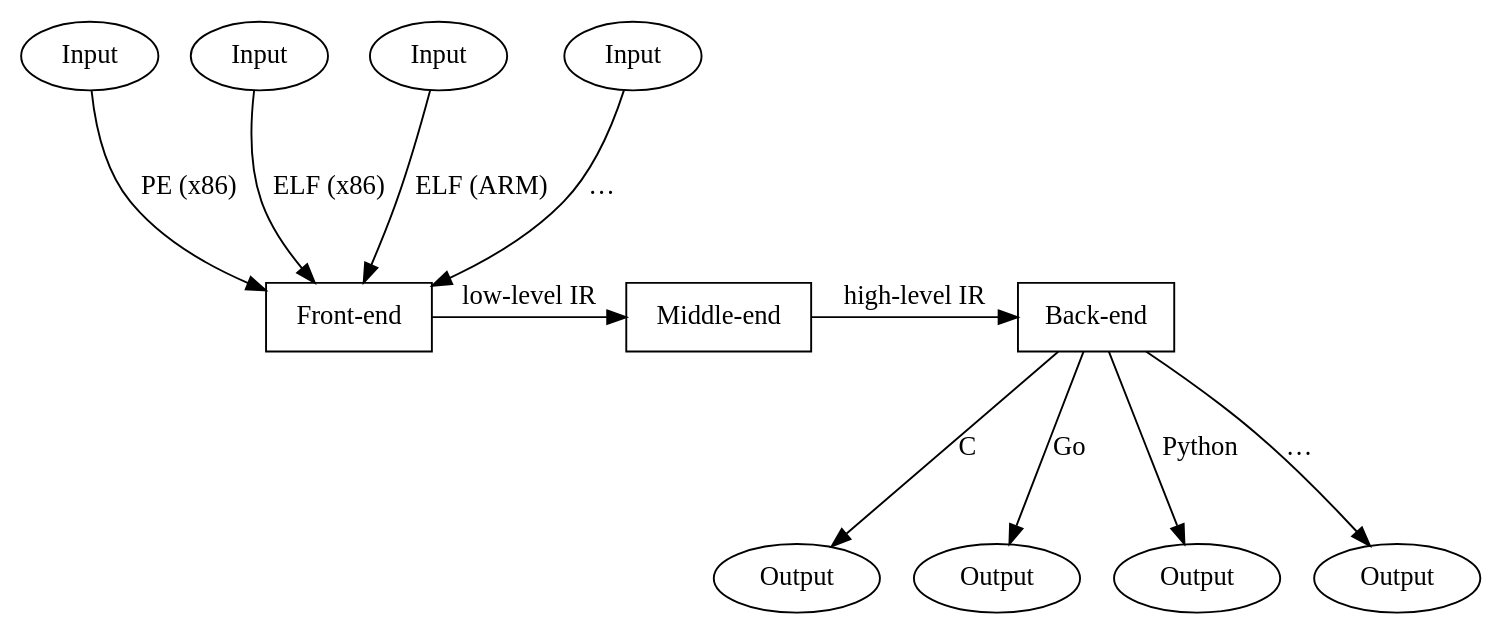
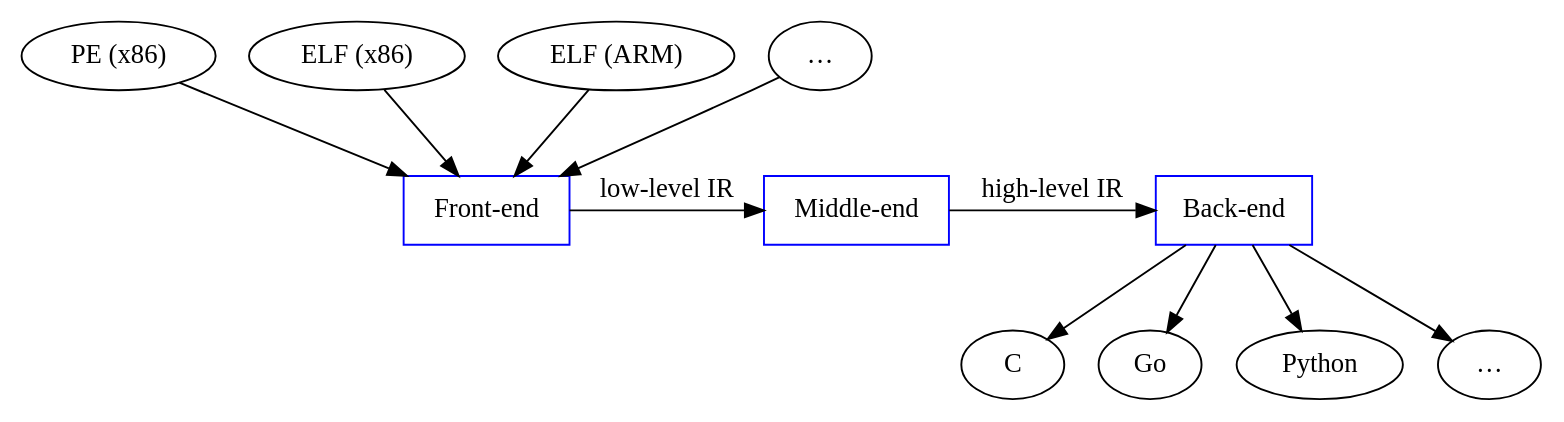
Before and after one commit to decomp/doc: the diagram in inc/modules_overview.dot, drawn with Graphviz. The commit also changed 1 other file, not shown here.

```diff
--- a/inc/modules_overview.dot
+++ b/inc/modules_overview.dot
@@ -1,24 +1,30 @@
 digraph G {
-	ranksep=1.2
+	ranksep=0.6
 
-	In1, In2, In3, In4 [label="Input"]
-	Front [label="Front-end" shape=box]
-	Middle [label="Middle-end" shape=box]
-	Back [label="Back-end" shape=box]
-	Out1, Out2, Out3, Out4 [label="Output"]
+	In1 [label="PE (x86)"]
+	In2 [label="ELF (x86)"]
+	In3 [label="ELF (ARM)"]
+	In4 [label="…"]
+	Front [label="Front-end" shape=box color=blue]
+	Middle [label="Middle-end" shape=box color=blue]
+	Back [label="Back-end" shape=box color=blue]
+	Out1 [label="C"]
+	Out2 [label="Go"]
+	Out3 [label="Python"]
+	Out4 [label="…"]
 
-	In1 -> Front [label="PE (x86)"]
-	In2 -> Front [label="ELF (x86)"]
-	In3 -> Front [label="ELF (ARM)"]
-	In4 -> Front [label="…"]
+	In1 -> Front
+	In2 -> Front
+	In3 -> Front
+	In4 -> Front
 
 	Front -> Middle [label="low-level IR"]
 	Middle -> Back [label="high-level IR"]
 
-	Back -> Out1 [label="C"]
-	Back -> Out2 [label="Go"]
-	Back -> Out3 [label="Python"]
-	Back -> Out4 [label="…"]
+	Back -> Out1
+	Back -> Out2
+	Back -> Out3
+	Back -> Out4
 
 	{rank=same; Front Middle Back}
 }
```
